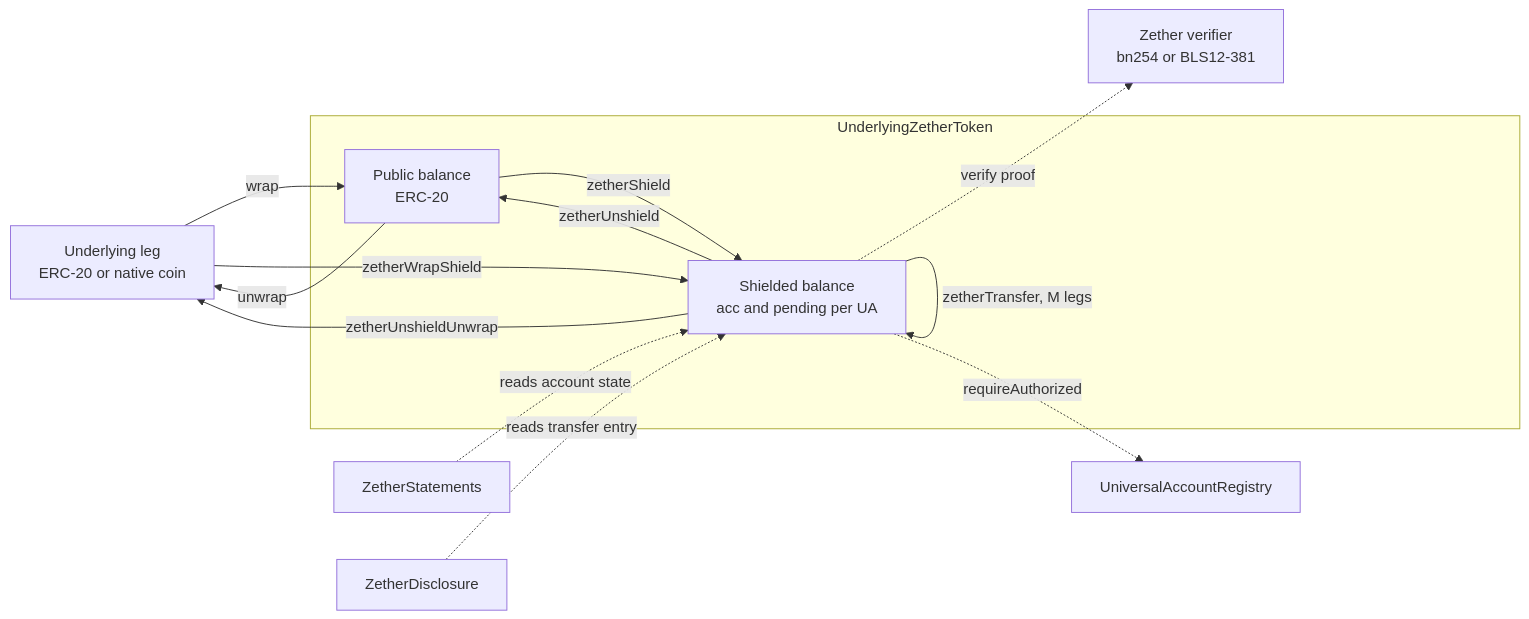
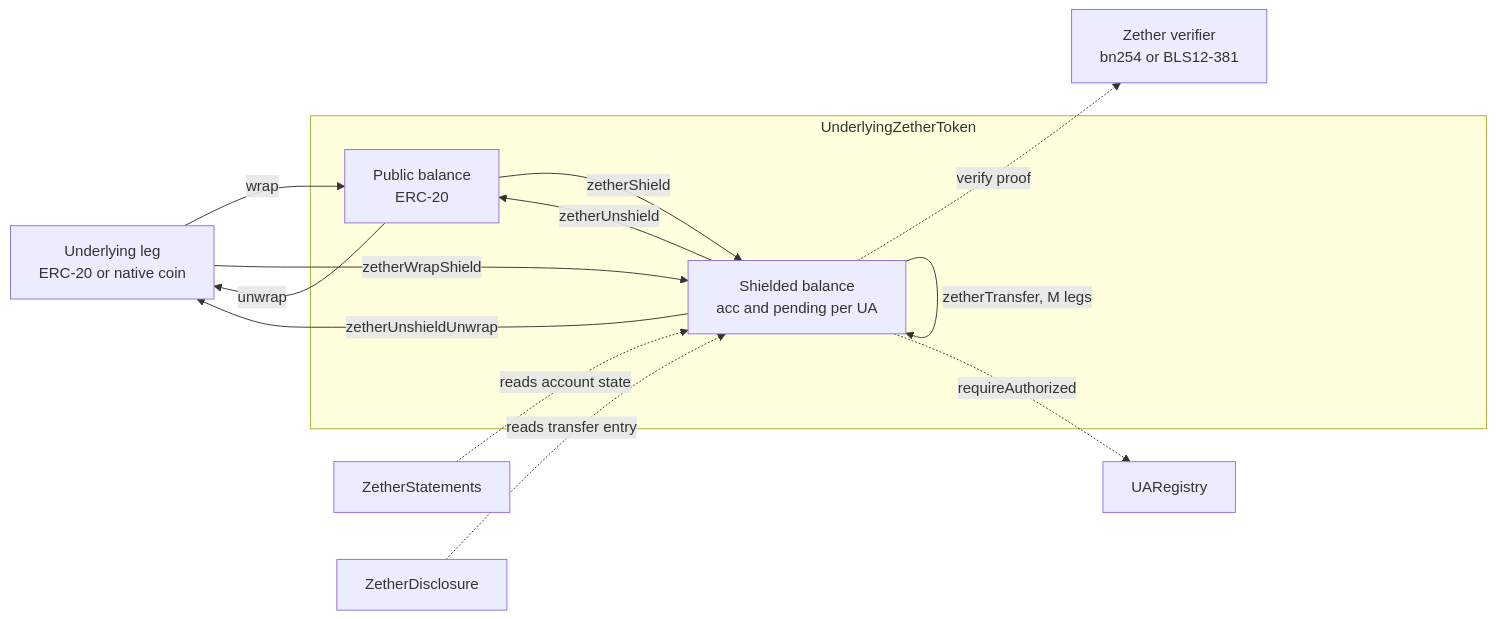
Before and after one commit to dinhduongha/scaas: the fifth of 12 diagrams in docs/architecture.md, drawn with Mermaid. The commit also changed other lines of this file and 13 other files, not shown here.

````diff
--- a/docs/architecture.md
+++ b/docs/architecture.md
@@ -448,23 +448,23 @@
 ```mermaid
 flowchart LR
     U["Underlying leg<br/>ERC-20 or native coin"]
     subgraph TOK["UnderlyingZetherToken"]
         P["Public balance<br/>ERC-20"]
         S["Shielded balance<br/>acc and pending per UA"]
     end
     V["Zether verifier<br/>bn254 or BLS12-381"]
-    R["UniversalAccountRegistry"]
+    R["UARegistry"]
     ST["ZetherStatements"]
     D["ZetherDisclosure"]
     U -->|"wrap"| P
     P -->|"unwrap"| U
     P -->|"zetherShield"| S
     S -->|"zetherUnshield"| P
     U -->|"zetherWrapShield"| S
     S -->|"zetherUnshieldUnwrap"| U
     S -->|"zetherTransfer, M legs"| S
     S -.->|"verify proof"| V
     S -.->|"requireAuthorized"| R
     ST -.->|"reads account state"| S
     D -.->|"reads transfer entry"| S
 ```
````
